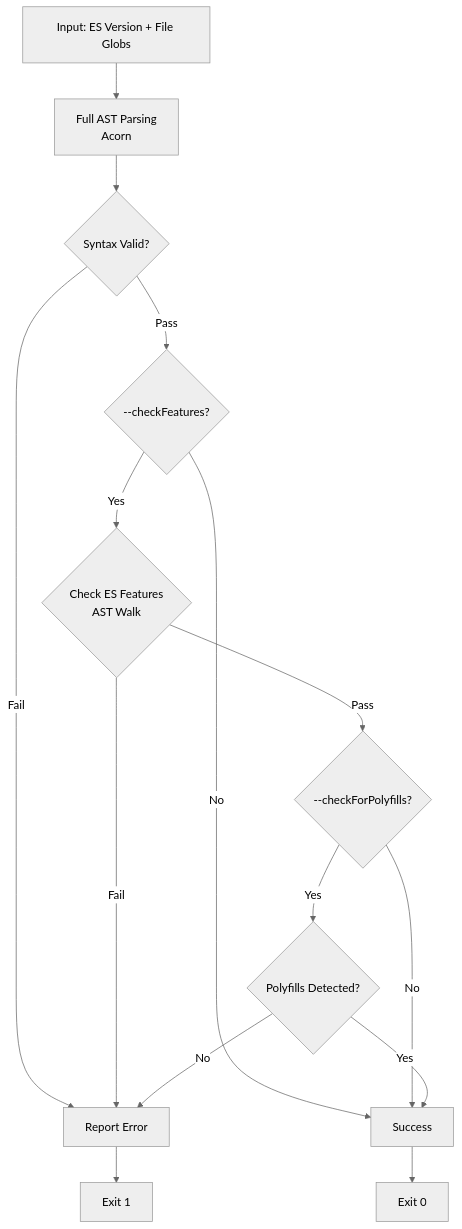
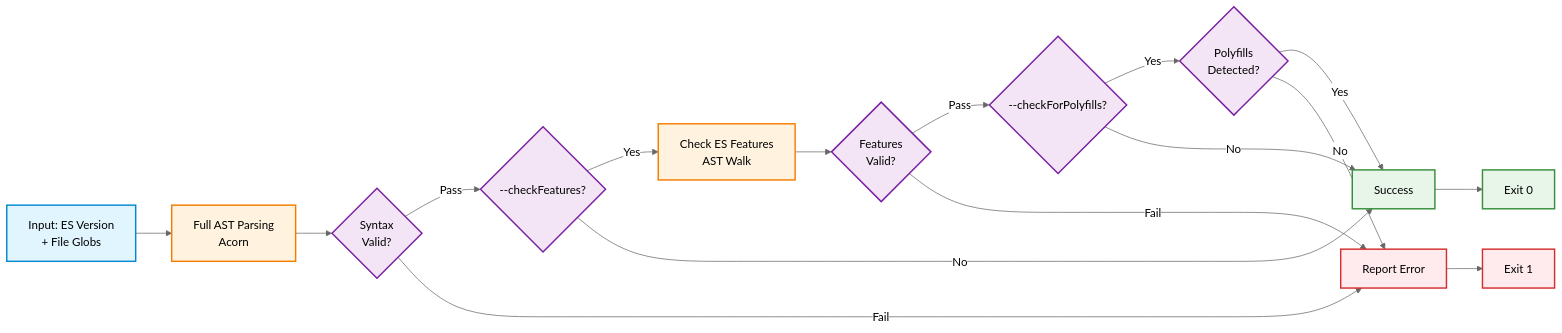
The diagram in README.md (yowainwright/es-check), drawn with Mermaid (neutral theme) before and after one commit. The commit also changed other lines of this file, not shown here.

````diff
--- a/README.md
+++ b/README.md
@@ -605,17 +568,30 @@
 ```mermaid
-flowchart TD
-    A[Input: ES Version + File Globs] --> B[Full AST Parsing<br/>Acorn]
-    B --> C{Syntax Valid?}
+flowchart LR
+    A[Input: ES Version<br/>+ File Globs] --> B[Full AST Parsing<br/>Acorn]
+    B --> C{Syntax<br/>Valid?}
+    C -->|Pass| E{--checkFeatures?}
     C -->|Fail| D[Report Error]
-    C -->|Pass| E{--checkFeatures?}
+    E -->|Yes| G[Check ES Features<br/>AST Walk]
     E -->|No| F[Success]
-    E -->|Yes| G{Check ES Features<br/>AST Walk}
-    G -->|Fail| D
-    G -->|Pass| H{--checkForPolyfills?}
+    G --> G1{Features<br/>Valid?}
+    G1 -->|Pass| H{--checkForPolyfills?}
+    G1 -->|Fail| D
+    H -->|Yes| I{Polyfills<br/>Detected?}
     H -->|No| F
-    H -->|Yes| I{Polyfills Detected?}
     I -->|Yes| F
     I -->|No| D
     D --> J[Exit 1]
     F --> K[Exit 0]
+
+    classDef inputStyle fill:#e1f5ff,stroke:#0288d1,stroke-width:2px
+    classDef processStyle fill:#fff3e0,stroke:#f57c00,stroke-width:2px
+    classDef decisionStyle fill:#f3e5f5,stroke:#7b1fa2,stroke-width:2px
+    classDef successStyle fill:#e8f5e9,stroke:#388e3c,stroke-width:2px
+    classDef errorStyle fill:#ffebee,stroke:#d32f2f,stroke-width:2px
+
+    class A inputStyle
+    class B,G processStyle
+    class C,E,G1,H,I decisionStyle
+    class F,K successStyle
+    class D,J errorStyle
 ```
````
